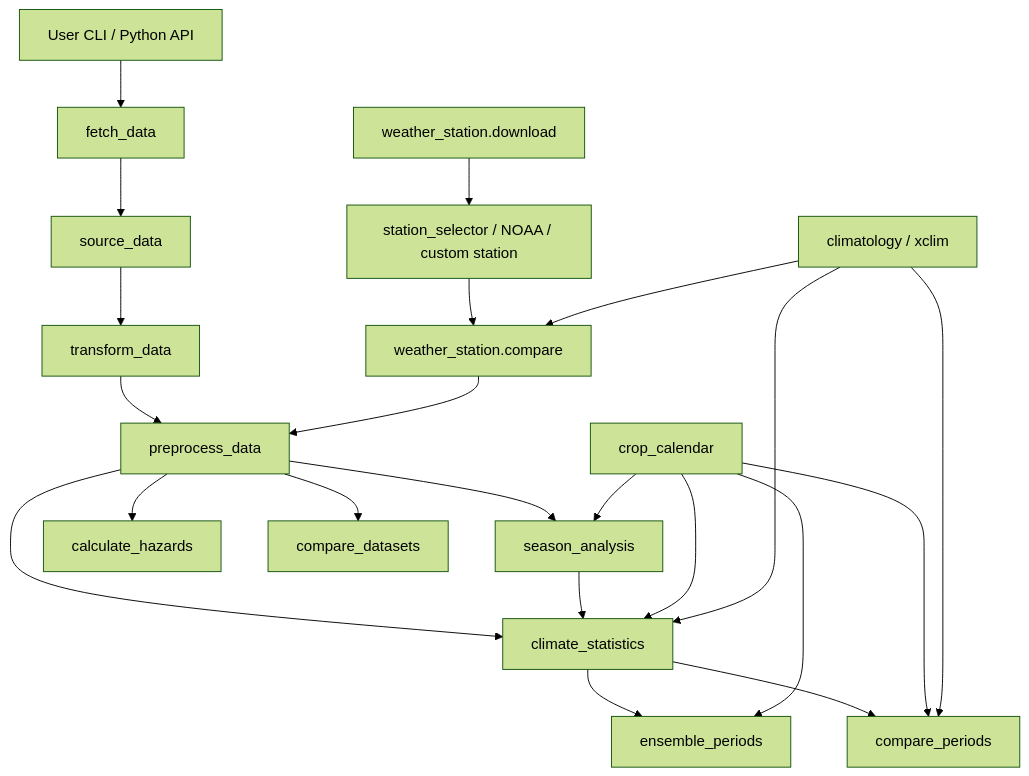
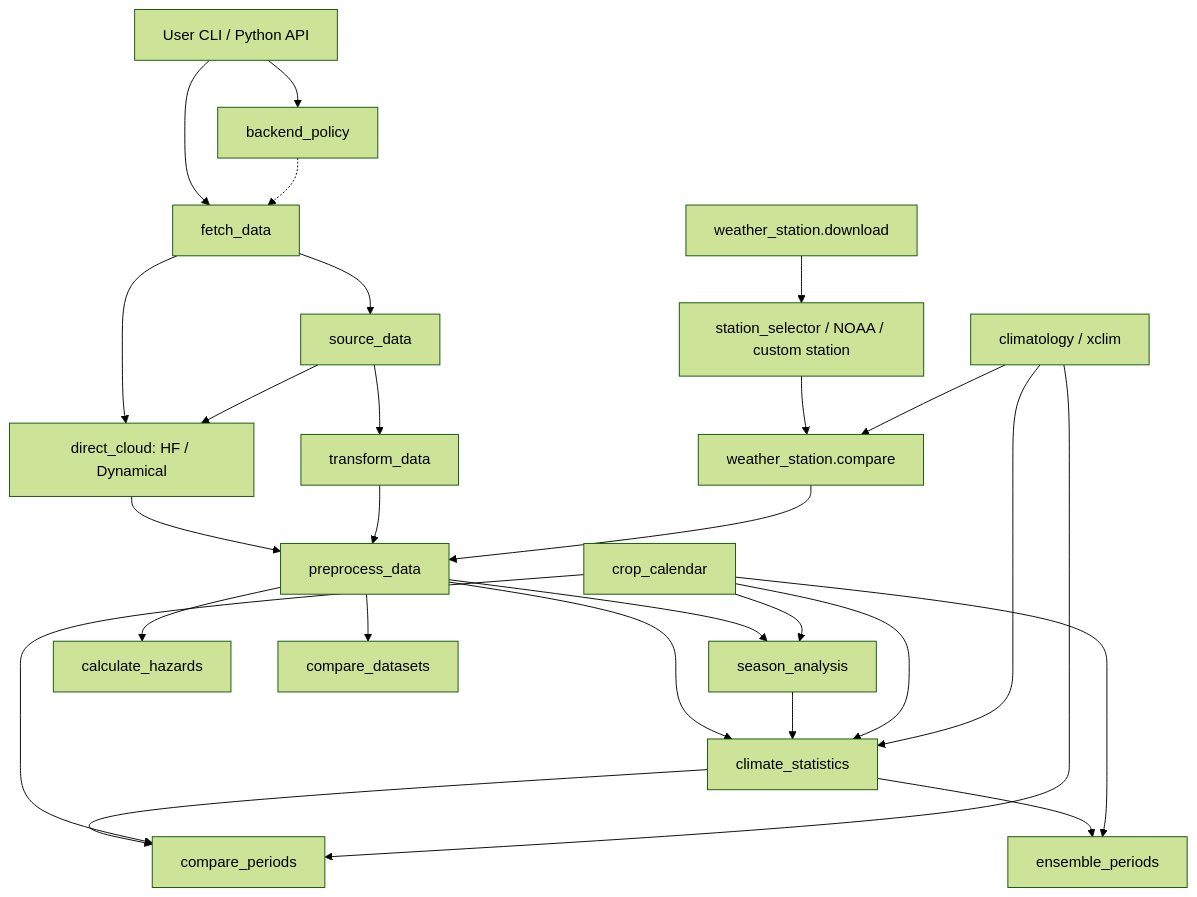
One commit to CGIAR-Climate-Data-Hub/climate-toolkit changed the diagram in analysis/package_architecture_summary.md. Above: the diagram before and after it, drawn with Mermaid (forest theme). The commit also changed other lines of this file and 50 other files, not shown here.

````diff
--- a/analysis/package_architecture_summary.md
+++ b/analysis/package_architecture_summary.md
@@ -142,29 +164,34 @@
 ```mermaid
 flowchart TD
     A["User CLI / Python API"] --> B["fetch_data"]
+    A --> P["backend_policy"]
+    P -.-> B
+    B --> DC["direct_cloud: HF / Dynamical"]
     B --> B1["source_data"]
+    B1 --> DC
+    DC --> B3
     B1 --> B2["transform_data"]
     B2 --> B3["preprocess_data"]
 
     B3 --> C["season_analysis"]
     B3 --> D["climate_statistics"]
     B3 --> E["calculate_hazards"]
     B3 --> F["compare_datasets"]
 
     C --> D
     D --> G["compare_periods"]
     D --> H["ensemble_periods"]
 
     I["weather_station.download"] --> J["station_selector / NOAA / custom station"]
     J --> K["weather_station.compare"]
     K --> B3
 
     L["crop_calendar"] --> C
     L --> D
     L --> G
     L --> H
 
     M["climatology / xclim"] --> D
     M --> G
     M --> K
 ```
````
